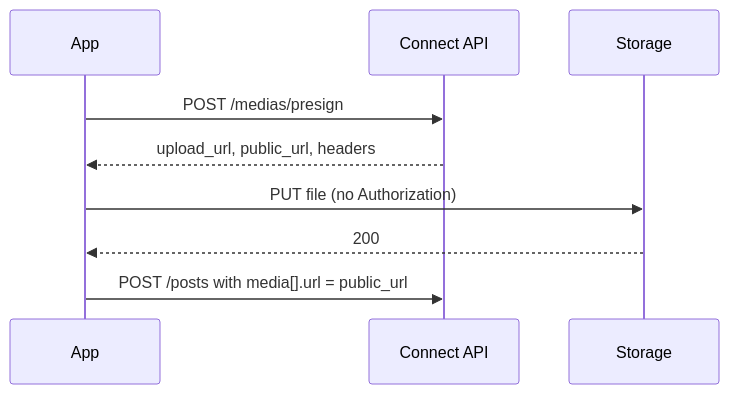
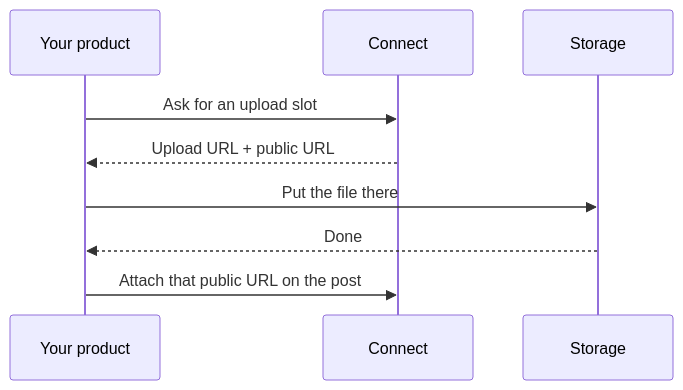
One commit to trypostit/trypost-connect-docs changed the diagram in guides/media.mdx. Above: the diagram before and after it, drawn with Mermaid. The commit also changed other lines of this file and 23 other files, not shown here.

````diff
--- a/guides/media.mdx
+++ b/guides/media.mdx
@@ -11,12 +11,12 @@
 ```mermaid
 sequenceDiagram
-  participant App
-  participant API as Connect API
+  participant App as Your product
+  participant Connect
   participant Storage
 
-  App->>API: POST /medias/presign
-  API-->>App: upload_url, public_url, headers
-  App->>Storage: PUT file (no Authorization)
-  Storage-->>App: 200
-  App->>API: POST /posts with media[].url = public_url
+  App->>Connect: Ask for an upload slot
+  Connect-->>App: Upload URL + public URL
+  App->>Storage: Put the file there
+  Storage-->>App: Done
+  App->>Connect: Attach that public URL on the post
 ```
````
